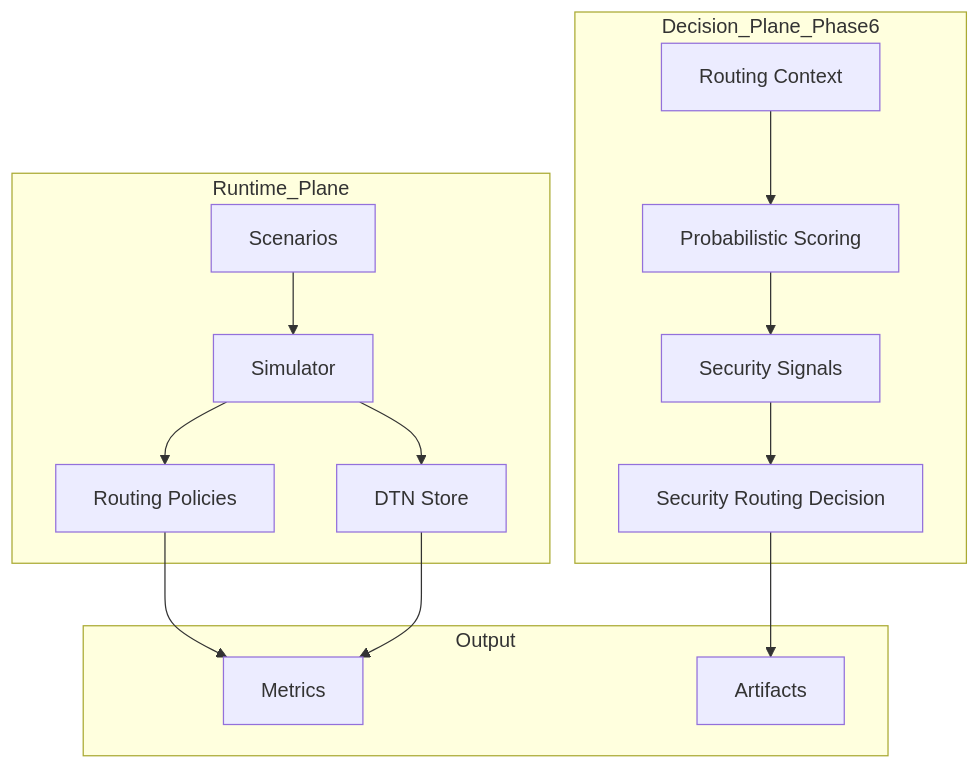
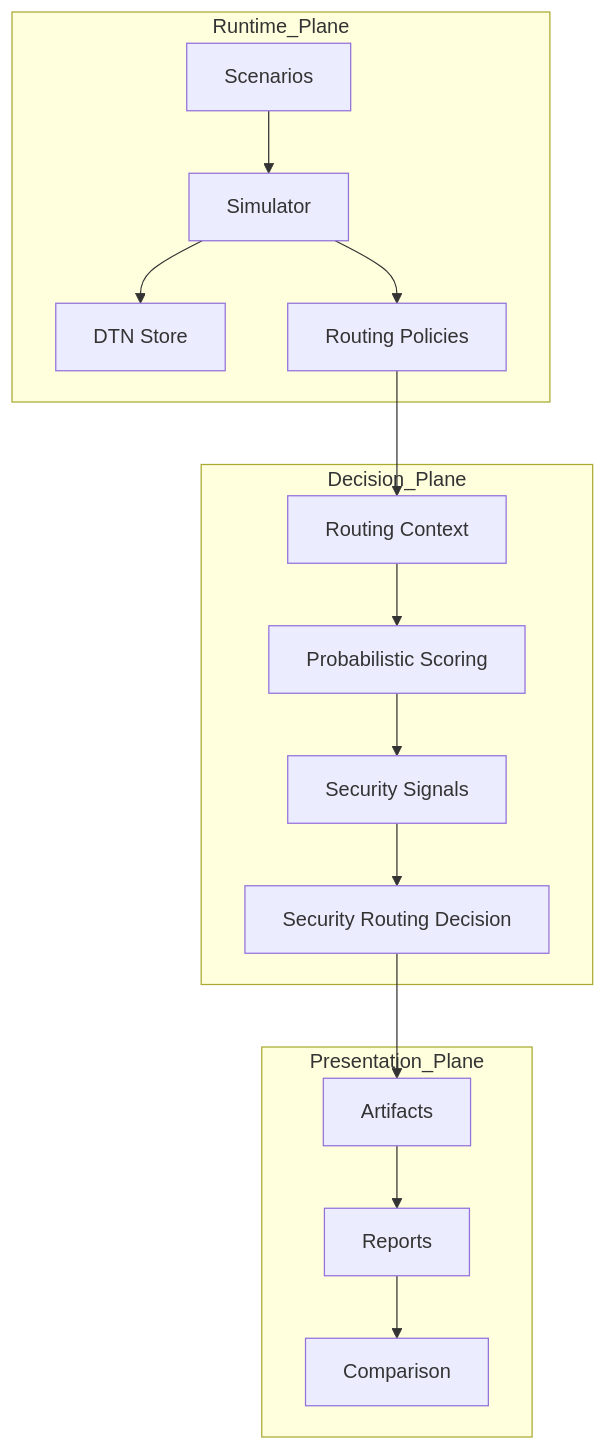
Before and after one commit to leozzmc/AetherNet: the first of 3 diagrams in README.md, drawn with Mermaid. The commit also changed other lines of this file and 8 other files, not shown here.

````diff
--- a/README.md
+++ b/README.md
@@ -207,30 +238,31 @@
 ```mermaid
 flowchart TB
     subgraph Runtime_Plane
         SCEN[Scenarios]
         SIM[Simulator]
         STORE[DTN Store]
         ROUTE[Routing Policies]
     end
 
-    subgraph Decision_Plane_Phase6
+    subgraph Decision_Plane
         CONTEXT[Routing Context]
         SCORE[Probabilistic Scoring]
         SIGNAL[Security Signals]
         DECISION[Security Routing Decision]
     end
 
-    subgraph Output
-        MET[Metrics]
+    subgraph Presentation_Plane
         ART[Artifacts]
+        REP[Reports]
+        COMP[Comparison]
     end
 
     SCEN --> SIM
     SIM --> STORE
     SIM --> ROUTE
 
-    ROUTE --> MET
-    STORE --> MET
+    ROUTE --> CONTEXT
+    CONTEXT --> SCORE --> SIGNAL --> DECISION
 
-    CONTEXT --> SCORE --> SIGNAL --> DECISION --> ART
+    DECISION --> ART --> REP --> COMP
 ```
````
